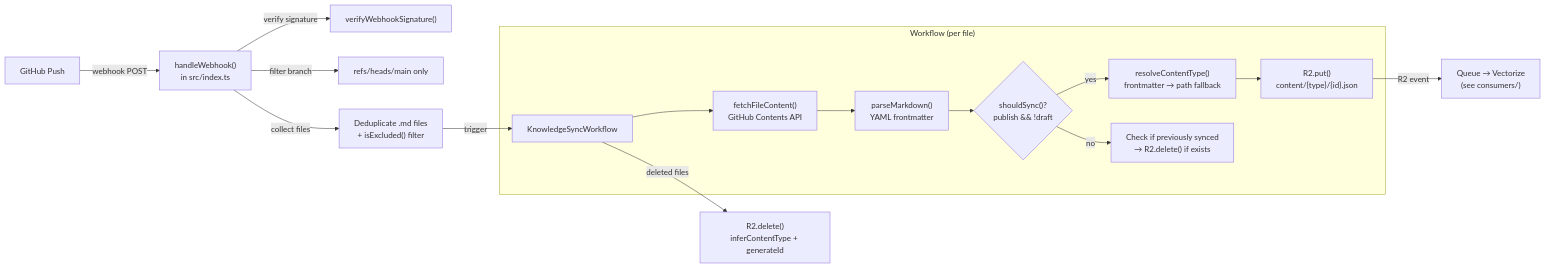
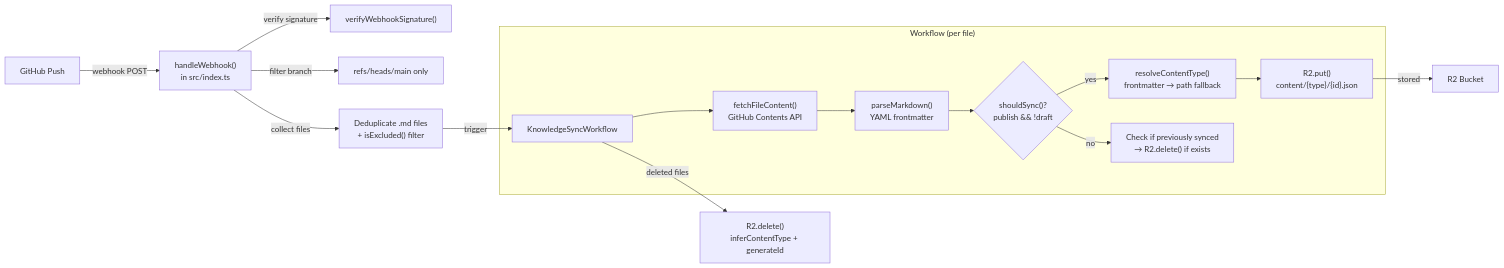
Before and after one commit to superbenefit/knowledge-server: the diagram in src/sync/README.md, drawn with Mermaid. The commit also changed other lines of this file and 23 other files, not shown here.

First line of the commit message:
docs: update architecture docs for AI Search migration (#39)

````diff
--- a/src/sync/README.md
+++ b/src/sync/README.md
@@ -23,21 +23,21 @@
 ```mermaid
 graph LR
     GH["GitHub Push"] -->|webhook POST| WH["handleWebhook()<br/>in src/index.ts"]
     WH -->|verify signature| Sig["verifyWebhookSignature()"]
     WH -->|filter branch| Branch["refs/heads/main only"]
     WH -->|collect files| Dedup["Deduplicate .md files<br/>+ isExcluded() filter"]
     Dedup -->|trigger| WF["KnowledgeSyncWorkflow"]
 
     subgraph "Workflow (per file)"
         WF --> Fetch["fetchFileContent()<br/>GitHub Contents API"]
         Fetch --> Parse["parseMarkdown()<br/>YAML frontmatter"]
         Parse --> Gate{"shouldSync()?<br/>publish && !draft"}
         Gate -->|yes| Resolve["resolveContentType()<br/>frontmatter → path fallback"]
         Resolve --> Store["R2.put()<br/>content/{type}/{id}.json"]
         Gate -->|no| Cleanup["Check if previously synced<br/>→ R2.delete() if exists"]
     end
 
     WF -->|deleted files| Del["R2.delete()<br/>inferContentType + generateId"]
 
-    Store -->|R2 event| Queue["Queue → Vectorize<br/>(see consumers/)"]
+    Store -->|stored| R2["R2 Bucket"]
 ```
````
